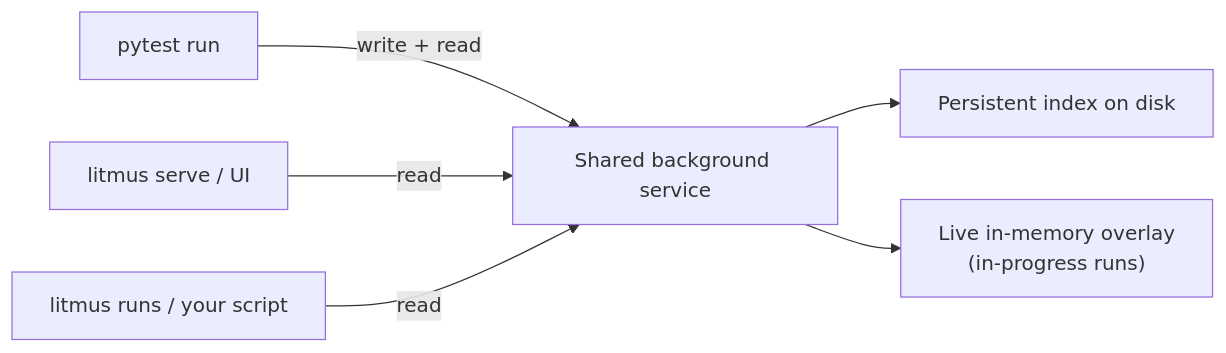
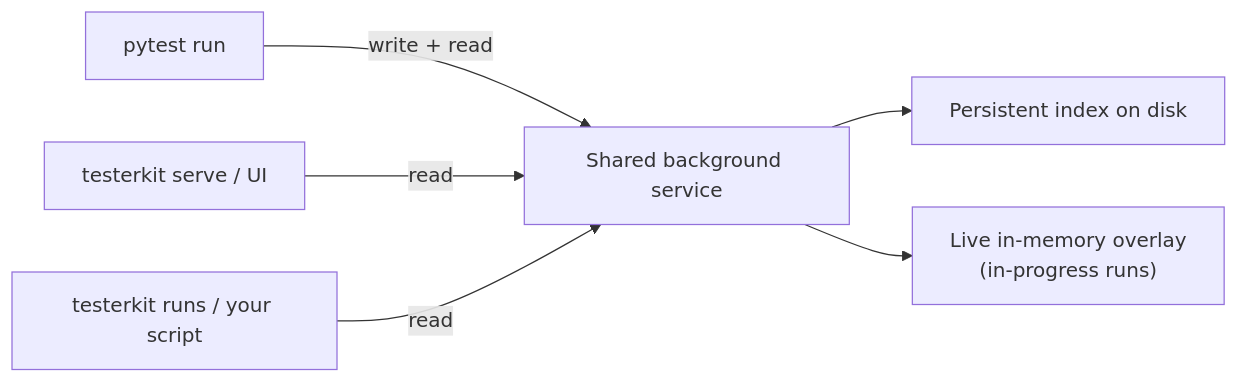
Before and after one commit to pragmatest-dev/testerkit: the diagram in docs/concepts/data/flight-streaming.md, drawn with Mermaid. The commit also changed other lines of this file and 1180 other files, not shown here.

First line of the commit message:
rename: litmus -> testerkit across the entire codebase

````diff
--- a/docs/concepts/data/flight-streaming.md
+++ b/docs/concepts/data/flight-streaming.md
@@ -18,8 +18,8 @@
 ```mermaid
 flowchart LR
     A["pytest run"] -->|write + read| svc["Shared background service"]
-    B["litmus serve / UI"] -->|read| svc
-    C["litmus runs / your script"] -->|read| svc
+    B["testerkit serve / UI"] -->|read| svc
+    C["testerkit runs / your script"] -->|read| svc
     svc --> disk["Persistent index on disk"]
     svc --> live["Live in-memory overlay\n(in-progress runs)"]
 ```
````
